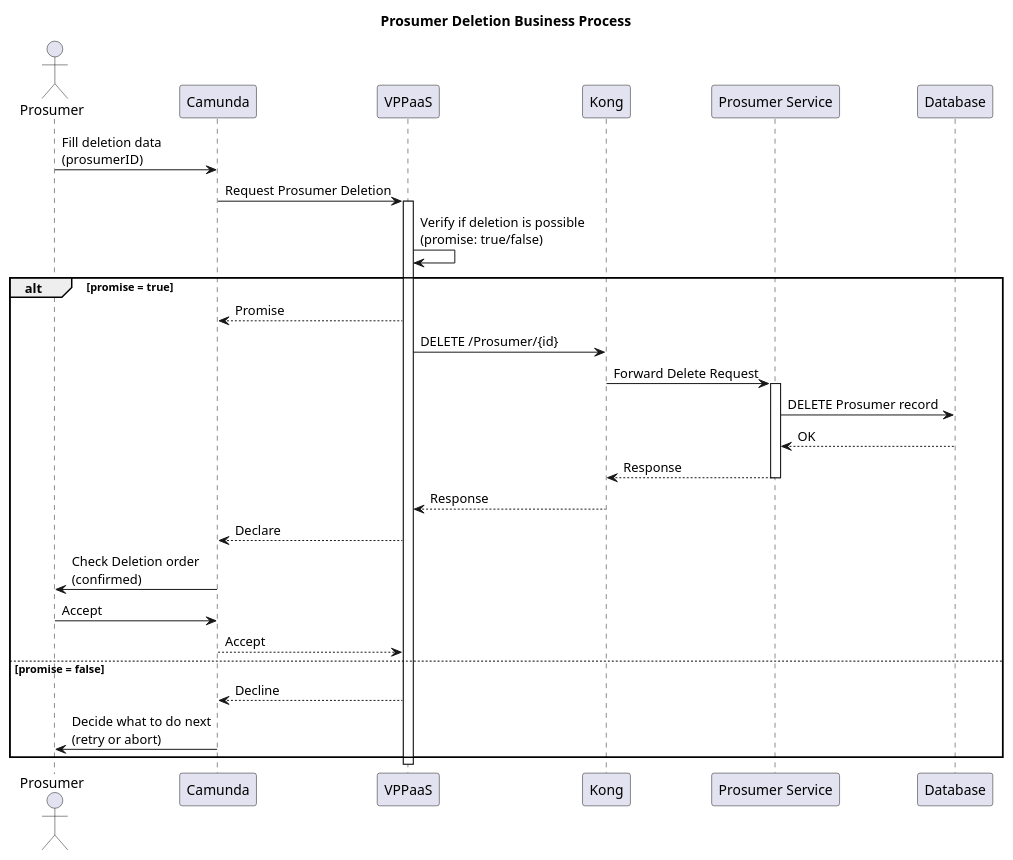
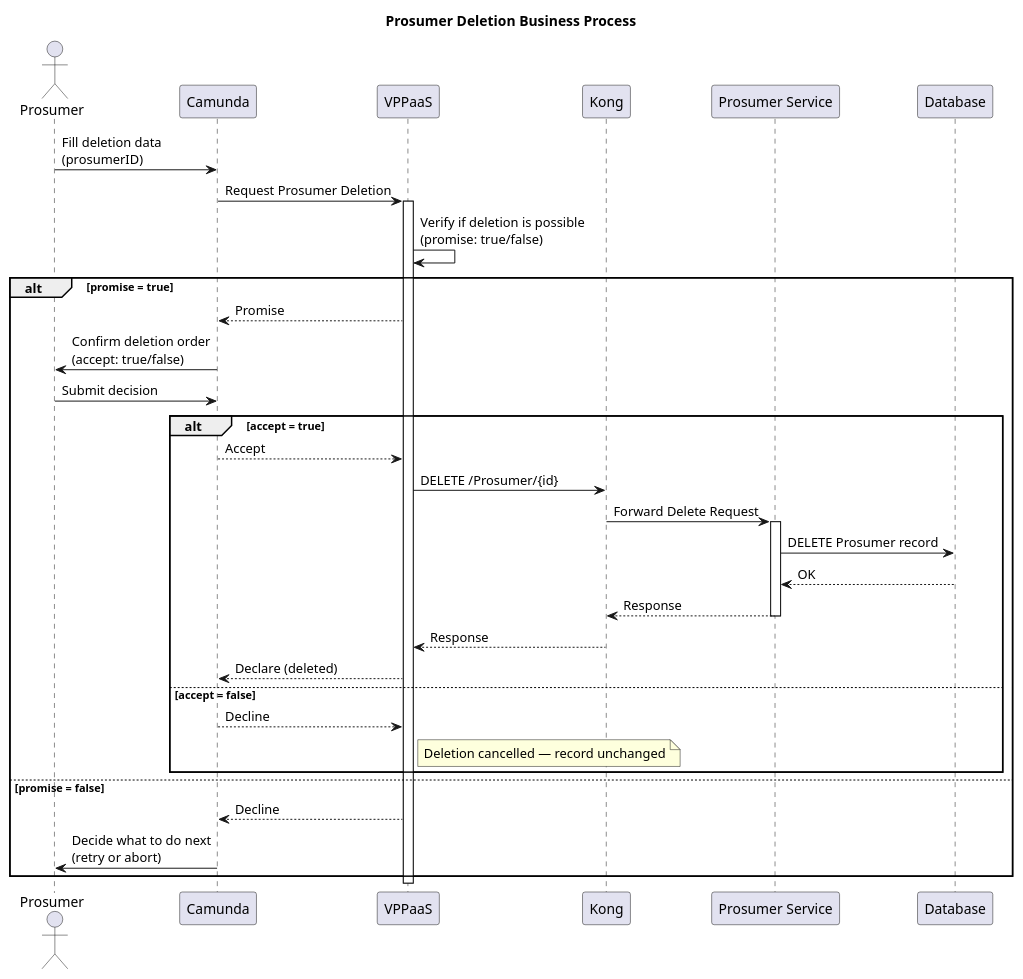
The diagram in Sequence-Diagrams/Prosumer-Deletion.wsd (WatchYoJet/VPPaaS), drawn with PlantUML before and after one commit. The commit also changed 108 other files, not shown here.

```diff
--- a/Sequence-Diagrams/Prosumer-Deletion.wsd
+++ b/Sequence-Diagrams/Prosumer-Deletion.wsd
@@ -1,32 +1,39 @@
 title Prosumer Deletion Business Process
 
 actor Prosumer
 participant Camunda
 participant VPPaaS
 participant Kong
 participant "Prosumer Service" as Service
 
 Prosumer->Camunda: Fill deletion data\n(prosumerID)
 Camunda->VPPaaS: Request Prosumer Deletion
 activate VPPaaS
 VPPaaS->VPPaaS: Verify if deletion is possible\n(promise: true/false)
 
 alt promise = true
   VPPaaS-->Camunda: Promise
-  VPPaaS->Kong: DELETE /Prosumer/{id}
-  Kong->Service: Forward Delete Request
-  activate Service
-  Service->Database: DELETE Prosumer record
-  Database-->Service: OK
-  Service-->Kong: Response
-  deactivate Service
-  Kong-->VPPaaS: Response
-  VPPaaS-->Camunda: Declare
-  Camunda->Prosumer: Check Deletion order\n(confirmed)
-  Prosumer->Camunda: Accept
-  Camunda-->VPPaaS: Accept
+  Camunda->Prosumer: Confirm deletion order\n(accept: true/false)
+  Prosumer->Camunda: Submit decision
+
+  alt accept = true
+    Camunda-->VPPaaS: Accept
+    VPPaaS->Kong: DELETE /Prosumer/{id}
+    Kong->Service: Forward Delete Request
+    activate Service
+    Service->Database: DELETE Prosumer record
+    Database-->Service: OK
+    Service-->Kong: Response
+    deactivate Service
+    Kong-->VPPaaS: Response
+    VPPaaS-->Camunda: Declare (deleted)
+  else accept = false
+    Camunda-->VPPaaS: Decline
+    note right of VPPaaS: Deletion cancelled — record unchanged
+  end
+
 else promise = false
   VPPaaS-->Camunda: Decline
   Camunda->Prosumer: Decide what to do next\n(retry or abort)
 end
 deactivate VPPaaS
```
